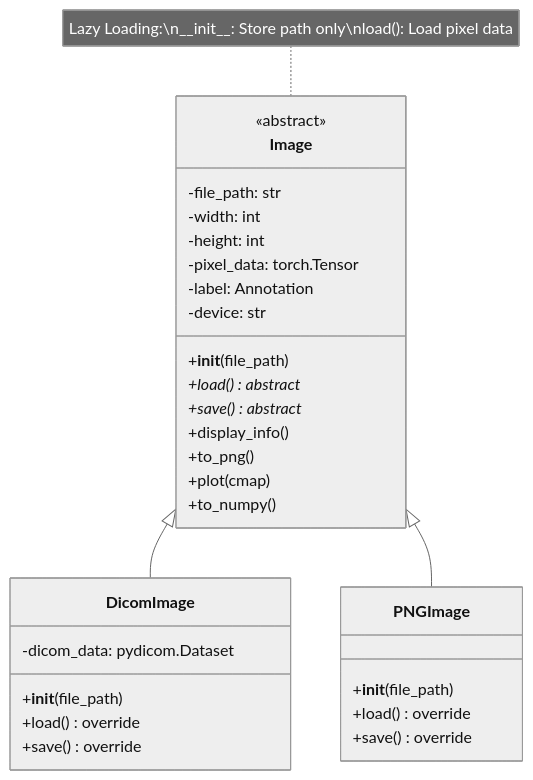
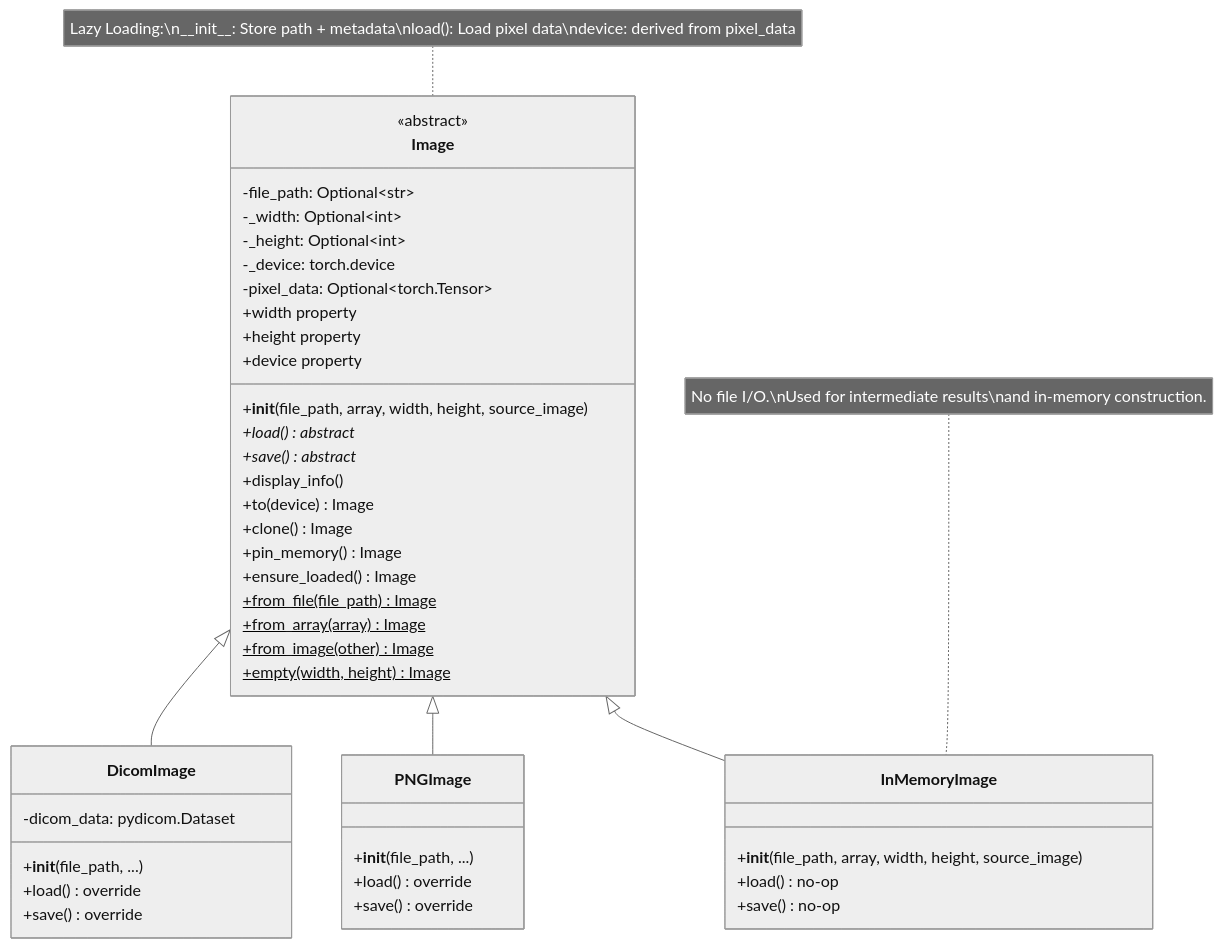
One commit to LATIS-medical-Imaging/medical-image-std changed the second of 12 diagrams in docs/architecture.md. Above: the diagram before and after it, drawn with Mermaid (neutral theme). The commit also changed other lines of this file and 9 other files, not shown here.

````diff
--- a/docs/architecture.md
+++ b/docs/architecture.md
@@ -83,39 +86,55 @@
 ```mermaid
 classDiagram
     class Image {
         <<abstract>>
-        -file_path: str
-        -width: int
-        -height: int
-        -pixel_data: torch.Tensor
-        -label: Annotation
-        -device: str
-        
-        +__init__(file_path)
+        -file_path: Optional~str~
+        -_width: Optional~int~
+        -_height: Optional~int~
+        -_device: torch.device
+        -pixel_data: Optional~torch.Tensor~
+
+        +width property
+        +height property
+        +device property
+
+        +__init__(file_path, array, width, height, source_image)
         +load()* abstract
         +save()* abstract
         +display_info()
-        +to_png()
-        +plot(cmap)
-        +to_numpy()
+        +to(device) Image
+        +clone() Image
+        +pin_memory() Image
+        +ensure_loaded() Image
+        +from_file(file_path)$ Image
+        +from_array(array)$ Image
+        +from_image(other)$ Image
+        +empty(width, height)$ Image
     }
-    
+
     class DicomImage {
         -dicom_data: pydicom.Dataset
-        
-        +__init__(file_path)
+
+        +__init__(file_path, ...)
         +load() override
         +save() override
     }
-    
+
     class PNGImage {
-        +__init__(file_path)
+        +__init__(file_path, ...)
         +load() override
         +save() override
     }
-    
+
+    class InMemoryImage {
+        +__init__(file_path, array, width, height, source_image)
+        +load() no-op
+        +save() no-op
+    }
+
     Image <|-- DicomImage
     Image <|-- PNGImage
-    
-    note for Image "Lazy Loading:\n__init__: Store path only\nload(): Load pixel data"
+    Image <|-- InMemoryImage
+
+    note for Image "Lazy Loading:\n__init__: Store path + metadata\nload(): Load pixel data\ndevice: derived from pixel_data"
+    note for InMemoryImage "No file I/O.\nUsed for intermediate results\nand in-memory construction."
 ```
````
